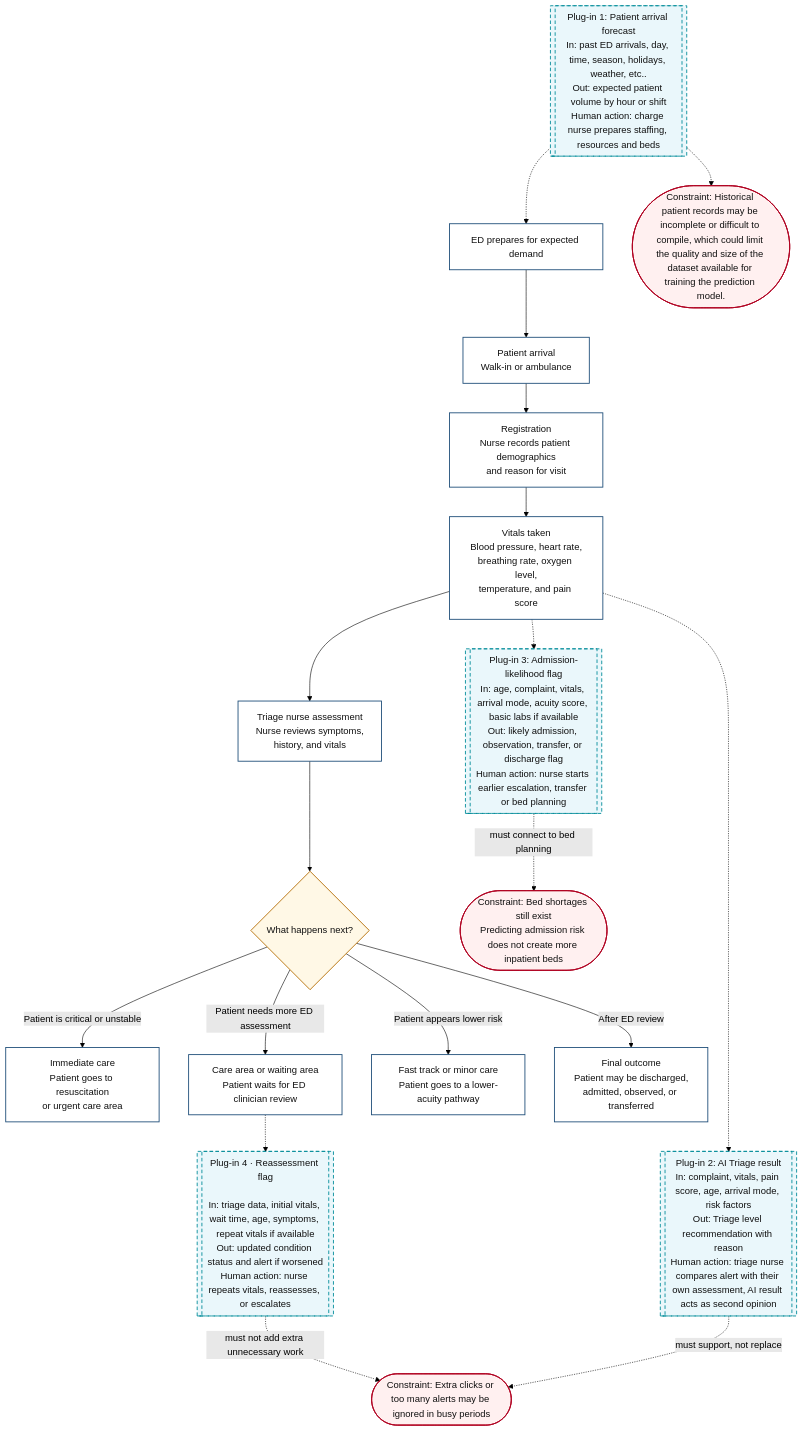
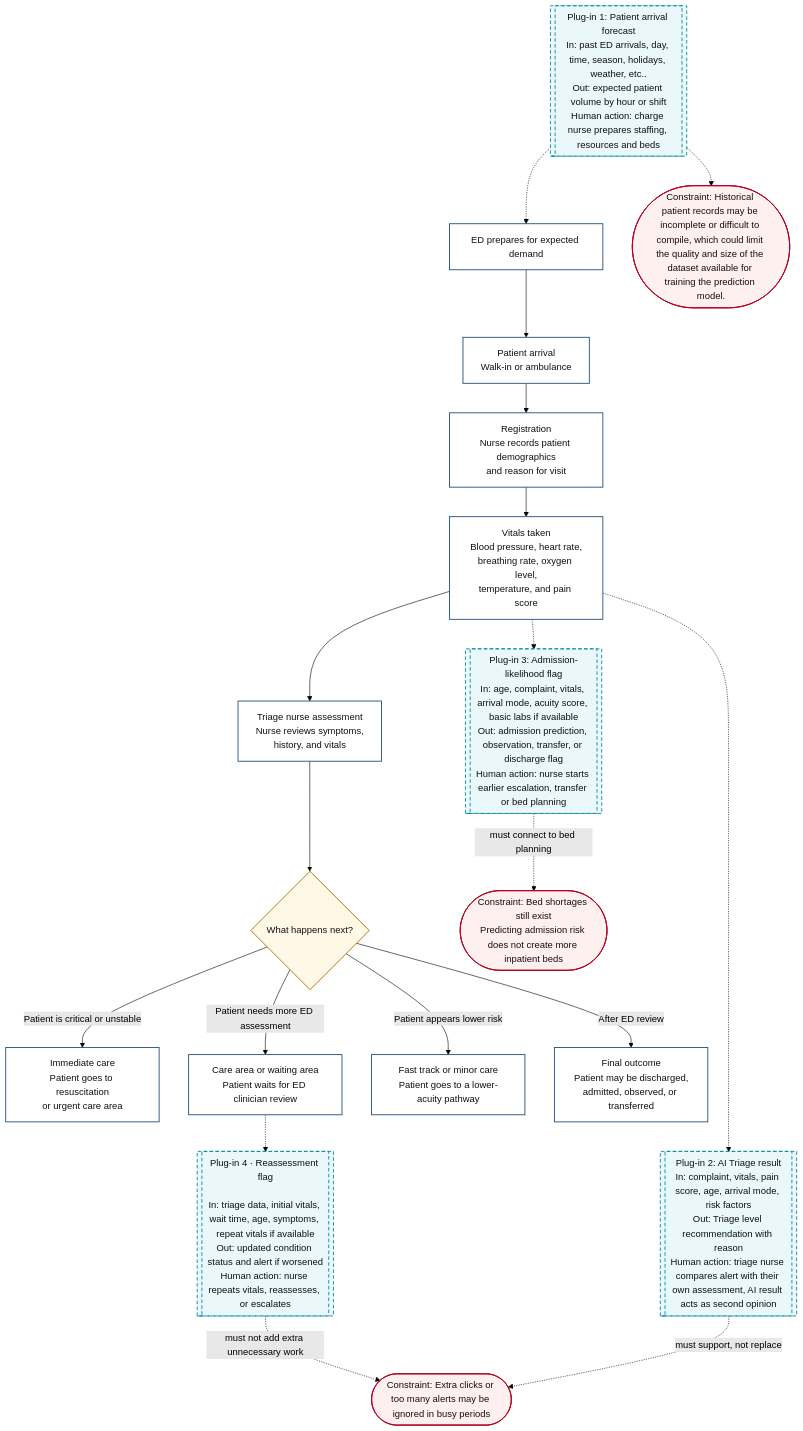
Before and after one commit to tinadams/carisurg-portfolio: the diagram in docs/week_3_workflow.md, drawn with Mermaid (forest theme).

Commit message:
Update admission-likelihood flag output description

````diff
--- a/docs/week_3_workflow.md
+++ b/docs/week_3_workflow.md
@@ -1,56 +1,56 @@
 ```mermaid
 flowchart TD
 
 A[Patient arrival<br/>Walk-in or ambulance] --> B[Registration<br/>Nurse records patient demographics<br/>and reason for visit]
 
 B --> C[Vitals taken<br/>Blood pressure, heart rate,<br/>breathing rate, oxygen level,<br/>temperature, and pain score]
 
 C --> D[Triage nurse assessment<br/>Nurse reviews symptoms,<br/>history, and vitals]
 
 D --> E{What happens next?}
 
 E -->|Patient is critical or unstable| F[Immediate care<br/>Patient goes to resuscitation<br/>or urgent care area]
 
 E -->|Patient needs more ED assessment| G[Care area or waiting area<br/>Patient waits for ED clinician review]
 
 E -->|Patient appears lower risk| H[Fast track or minor care<br/>Patient goes to a lower-acuity pathway]
 
 E -->|After ED review| I[Final outcome<br/>Patient may be discharged,<br/>admitted, observed, or transferred]
 
 AI1[[Plug-in 1: Patient arrival forecast<br/>In: past ED arrivals, day, time, season, holidays, weather, etc..<br/>Out: expected patient volume by hour or shift<br/>Human action: charge nurse prepares staffing, resources and beds]]
 
 AI2[[Plug-in 2: AI Triage result<br/>In: complaint, vitals, pain score, age, arrival mode, risk factors<br/>Out: Triage level recommendation with reason<br/>Human action: triage nurse compares alert with their own assessment, AI result acts as second opinion]]
 
-AI3[[Plug-in 3: Admission-likelihood flag<br/>In: age, complaint, vitals, arrival mode, acuity score, basic labs if available<br/>Out: likely admission, observation, transfer, or discharge flag<br/>Human action: nurse starts earlier escalation, transfer or bed planning]]
+AI3[[Plug-in 3: Admission-likelihood flag<br/>In: age, complaint, vitals, arrival mode, acuity score, basic labs if available<br/>Out: admission prediction, observation, transfer, or discharge flag<br/>Human action: nurse starts earlier escalation, transfer or bed planning]]
 
 AI4[[Plug-in 4 · Reassessment flag<br/><br/>In: triage data, initial vitals, wait time, age, symptoms, repeat vitals if available<br/>Out: updated condition status and alert if worsened<br/>Human action: nurse repeats vitals, reassesses, or escalates]]
 
 PRE[ED prepares for expected demand]
 
 AI1 -.-> PRE
 PRE --> A
 C -.-> AI3
 C -.-> AI2
 G -.-> AI4
 
 C1([Constraint: Historical patient records may be incomplete or difficult to compile, which could limit the quality and size of the dataset available for training the prediction model.])
 
 C2([Constraint: Extra clicks or too many alerts may be ignored in busy periods])
 
 C3([Constraint: Bed shortages still exist<br/>Predicting admission risk does not create more inpatient beds])
 
 AI1 -.-> C1
 AI2 -. must support, not replace .-> C2
 AI3 -. must connect to bed planning .-> C3
 AI4 -. must not add extra unnecessary work .-> C2
 
 classDef process fill:#ffffff,stroke:#1f4e79,stroke-width:1.5px,color:#111;
 classDef decision fill:#fff8e6,stroke:#b36b00,stroke-width:1.5px,color:#111;
 classDef ai fill:#eaf7fb,stroke:#008c99,stroke-width:1.5px,stroke-dasharray: 6 4,color:#111;
 classDef constraint fill:#fff0f0,stroke:#b00020,stroke-width:1.5px,color:#111;
 
 class A,B,C,D,F,G,H,I,PRE process;
 class E decision;
 class AI1,AI2,AI3,AI4 ai;
 class C1,C2,C3 constraint;
 ```
````
